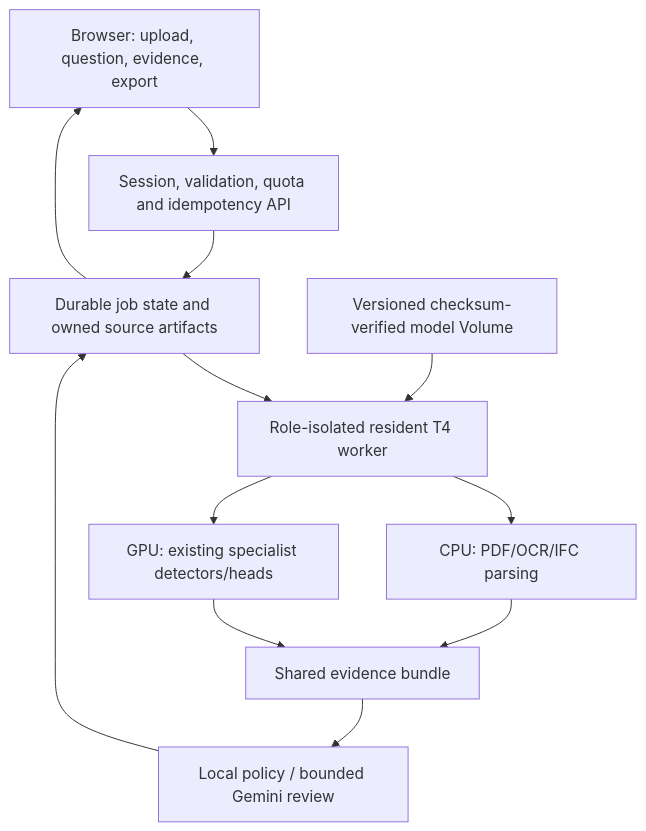
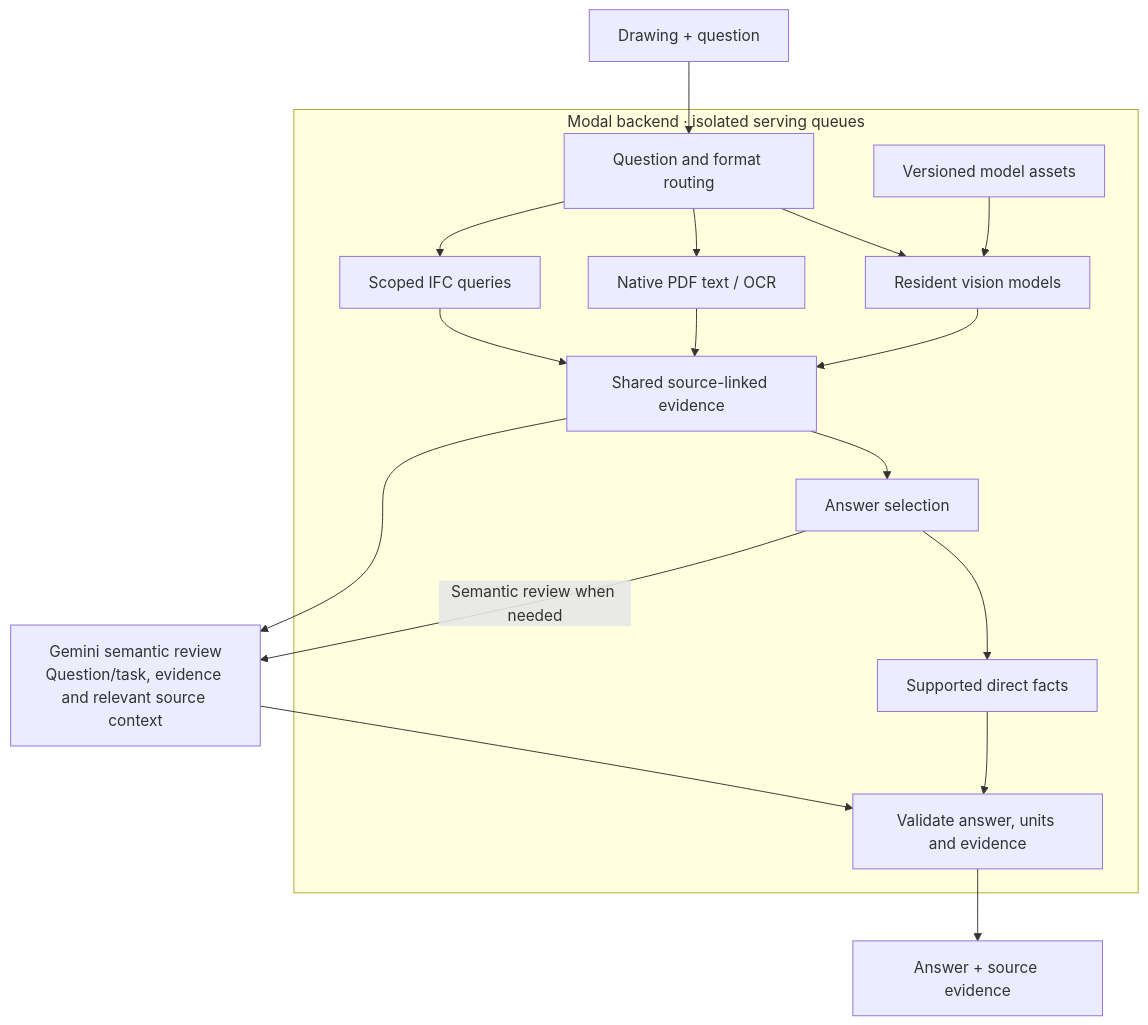
The diagram in README.md (HariPrasanth-SM/floorhawk), drawn with Mermaid before and after one commit. The commit also changed other lines of this file and 17 other files, not shown here.

````diff
--- a/README.md
+++ b/README.md
@@ -44,14 +15,27 @@
 ```mermaid
-flowchart TB
-  B[Browser: upload, question, evidence, export] --> A[Session, validation, quota and idempotency API]
-  A --> J[Durable job state and owned source artifacts]
-  J --> W[Role-isolated resident T4 worker]
-  M[Versioned checksum-verified model Volume] --> W
-  W --> C[CPU: PDF/OCR/IFC parsing]
-  W --> D[GPU: existing specialist detectors/heads]
-  C --> E[Shared evidence bundle]
-  D --> E
-  E --> F[Local policy / bounded Gemini review]
-  F --> J
-  J --> B
+flowchart TD
+    Input[Drawing + question]
+    Gemini[Gemini semantic review<br/>Question/task, evidence and relevant source context]
+    subgraph Cloud[Modal backend · isolated serving queues]
+        Route[Question and format routing]
+        Assets[Versioned model assets]
+        Vision[Resident vision models]
+        Text[Native PDF text / OCR]
+        IFC[Scoped IFC queries]
+        Evidence[Shared source-linked evidence]
+        Select[Answer selection]
+        Direct[Supported direct facts]
+        Validate[Validate answer, units and evidence]
+        Route --> Vision & Text & IFC
+        Assets --> Vision
+        Vision & Text & IFC --> Evidence
+        Evidence --> Select
+        Select --> Direct
+        Direct --> Validate
+    end
+    Input --> Route
+    Select -->|Semantic review when needed| Gemini
+    Evidence --> Gemini
+    Gemini --> Validate
+    Validate --> Answer[Answer + source evidence]
 ```
````
